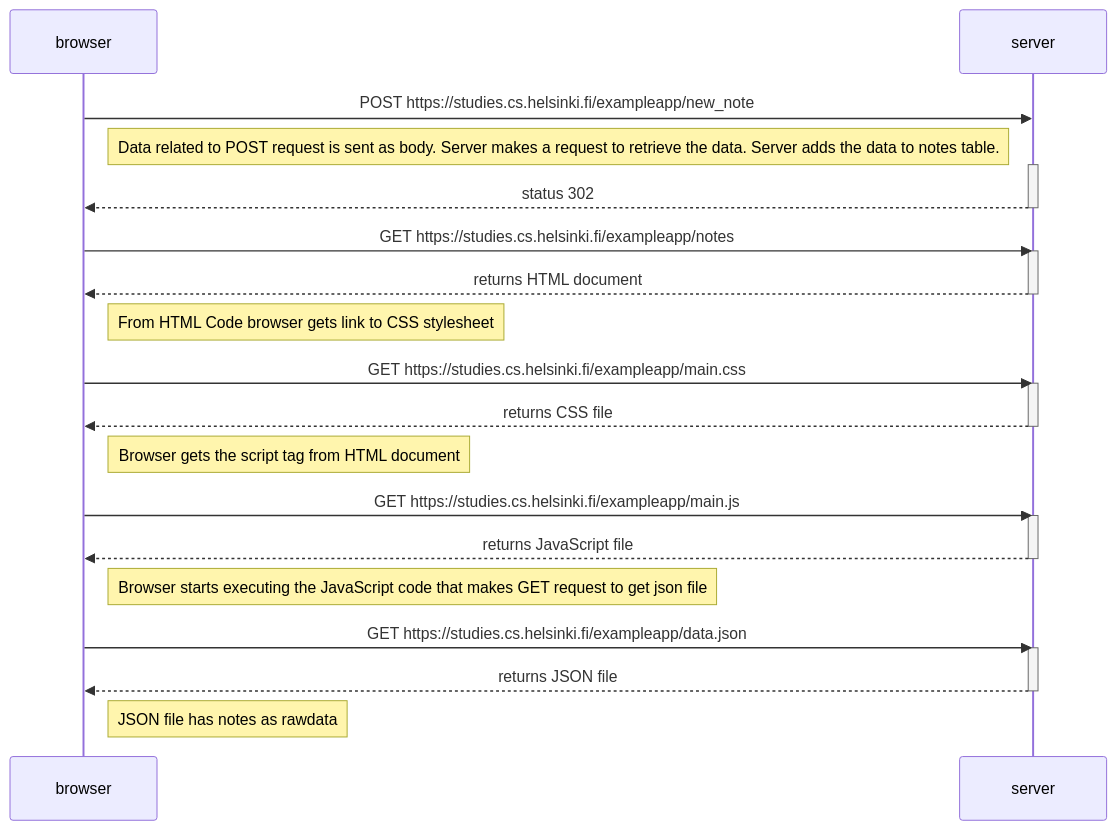
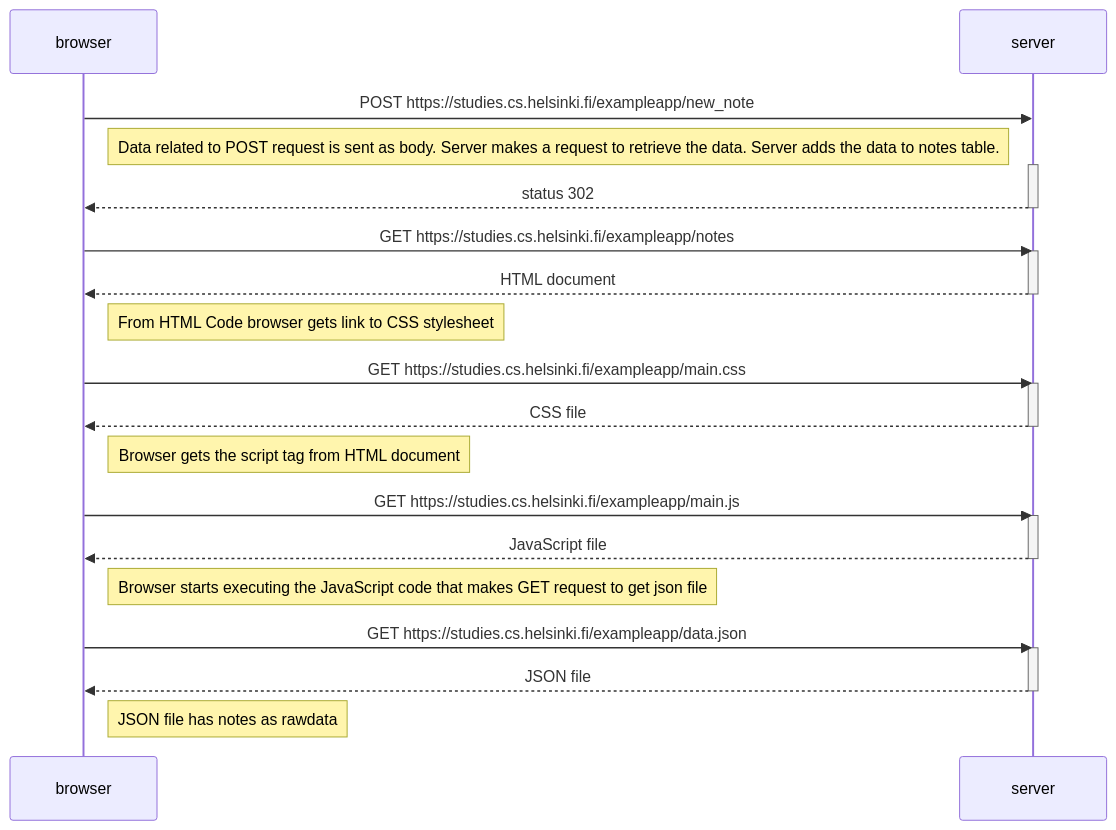
One commit to tkartasl/full_stack_open changed the diagram in osa0/0.4_new_note.md. Above: the diagram before and after it, drawn with Mermaid.

````diff
--- a/osa0/0.4_new_note.md
+++ b/osa0/0.4_new_note.md
@@ -1,38 +1,38 @@
 ```mermaid
 sequenceDiagram
   participant browser
   participant server
 
   browser->>server: POST https://studies.cs.helsinki.fi/exampleapp/new_note
   
   Note right of browser: Data related to POST request is sent as body. Server makes a request to retrieve the data. Server adds the data to notes table.
 
   activate server
   server-->>browser: status 302
   deactivate server
 
   browser->>server: GET https://studies.cs.helsinki.fi/exampleapp/notes
   activate server
-  server-->>browser: returns HTML document
+  server-->>browser: HTML document
   deactivate server
   Note right of browser: From HTML Code browser gets link to CSS stylesheet
   
   browser->>server: GET https://studies.cs.helsinki.fi/exampleapp/main.css
   activate server
-  server-->>browser: returns CSS file
+  server-->>browser: CSS file
   deactivate server
   Note right of browser: Browser gets the script tag from HTML document
   
   browser->>server: GET https://studies.cs.helsinki.fi/exampleapp/main.js
   activate server
-  server-->>browser: returns JavaScript file
+  server-->>browser: JavaScript file
   deactivate server
   
   Note right of browser: Browser starts executing the JavaScript code that makes GET request to get json file
   
   browser->>server: GET https://studies.cs.helsinki.fi/exampleapp/data.json
   activate server
-  server-->>browser: returns JSON file
+  server-->>browser: JSON file
   deactivate server
   Note right of browser: JSON file has notes as rawdata
 ```
````
